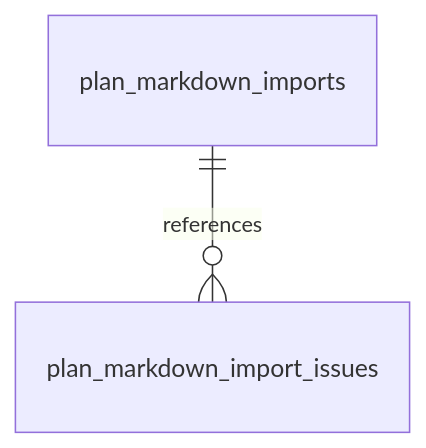
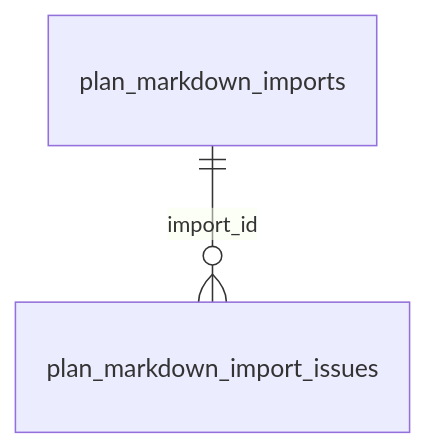
Before and after one commit to cebertowicz/corsia: the second of 5 diagrams in docs/reference/data-model/plans.md, drawn with Mermaid. The commit also changed other lines of this file and 10 other files, not shown here.

````diff
--- a/docs/reference/data-model/plans.md
+++ b/docs/reference/data-model/plans.md
@@ -26,4 +26,4 @@
 ```mermaid
 erDiagram
-    plan_markdown_imports ||--o{ plan_markdown_import_issues : references
+    plan_markdown_imports ||--o{ plan_markdown_import_issues : import_id
 ```
````
